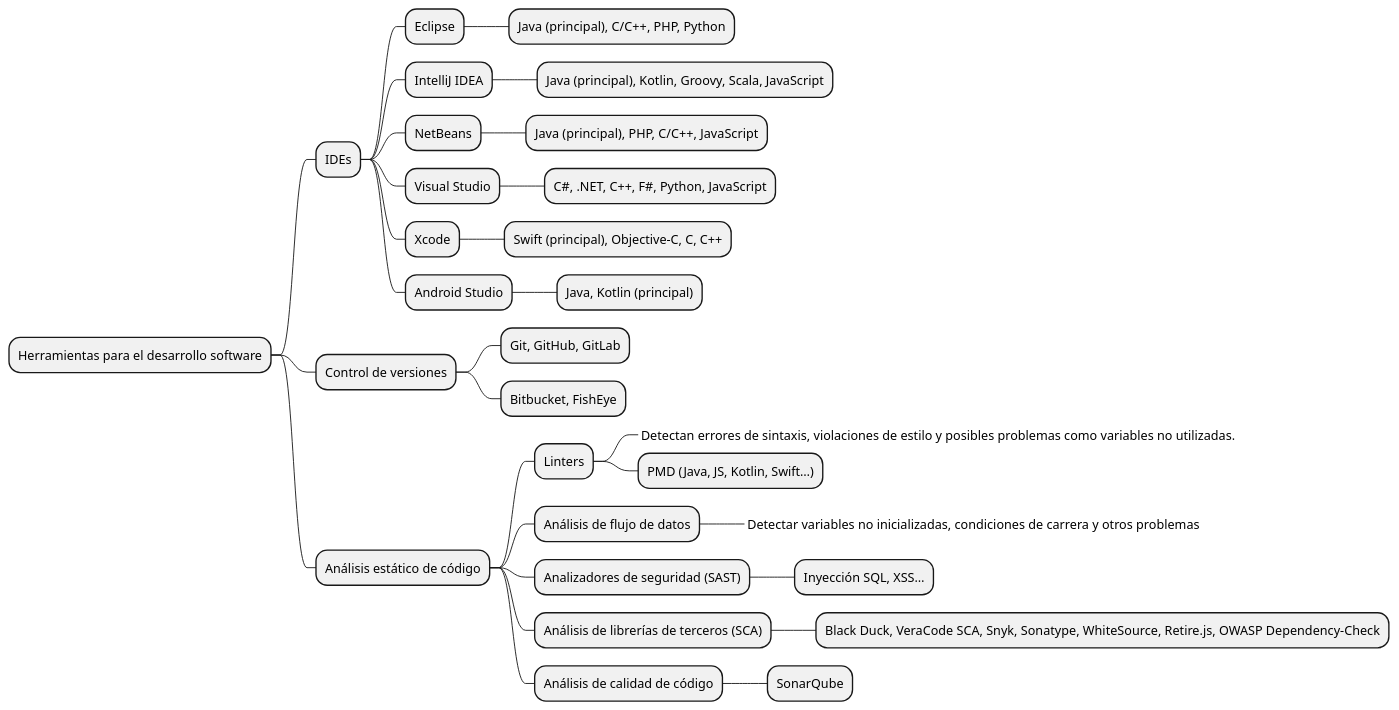
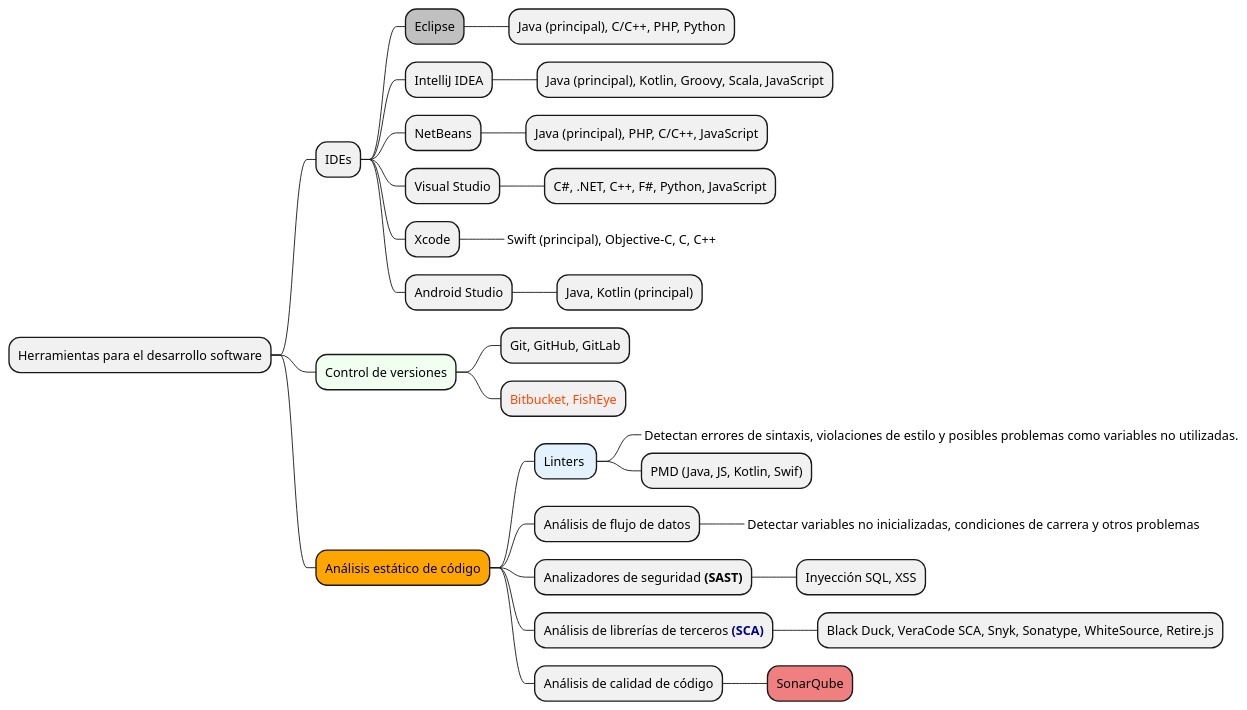
The first of 5 diagrams in 2.Herramientas.puml (luisgomezgithub/CursoGit), drawn with PlantUML before and after one commit. The commit also changed other lines of this file and 13 other files, not shown here.

```diff
--- a/2.Herramientas.puml
+++ b/2.Herramientas.puml
@@ -1,31 +1,31 @@
 @startmindmap
 * Herramientas para el desarrollo software
 ** IDEs
-*** Eclipse
+***[#Silver] Eclipse
 **** Java (principal), C/C++, PHP, Python
 *** IntelliJ IDEA
 **** Java (principal), Kotlin, Groovy, Scala, JavaScript
 *** NetBeans
 **** Java (principal), PHP, C/C++, JavaScript
 *** Visual Studio
 **** C#, .NET, C++, F#, Python, JavaScript
 *** Xcode
-**** Swift (principal), Objective-C, C, C++
+****_ Swift (principal), Objective-C, C, C++
 *** Android Studio
 **** Java, Kotlin (principal)
-** Control de versiones
+**[#HoneyDew] Control de versiones
 *** Git, GitHub, GitLab
-*** Bitbucket, FishEye
-** Análisis estático de código
-*** Linters
+*** <color OrangeRed>Bitbucket, FishEye
+**[#Orange] Análisis estático de código
+***[#E3F2FD] Linters 
 ****_ Detectan errores de sintaxis, violaciones de estilo y posibles problemas como variables no utilizadas.
-**** PMD (Java, JS, Kotlin, Swift…)
+**** PMD (Java, JS, Kotlin, Swif)
 *** Análisis de flujo de datos
 ****_ Detectar variables no inicializadas, condiciones de carrera y otros problemas
-*** Analizadores de seguridad (SAST)
-**** Inyección SQL, XSS…
-*** Análisis de librerías de terceros (SCA)
-**** Black Duck, VeraCode SCA, Snyk, Sonatype, WhiteSource, Retire.js, OWASP Dependency-Check
+*** Analizadores de seguridad **(SAST)**
+**** Inyección SQL, XSS
+*** Análisis de librerías de terceros <color DarkBlue>**(SCA)**
+**** Black Duck, VeraCode SCA, Snyk, Sonatype, WhiteSource, Retire.js
 *** Análisis de calidad de código
-**** SonarQube
+****[#LightCoral] SonarQube
 @endmindmap
```
